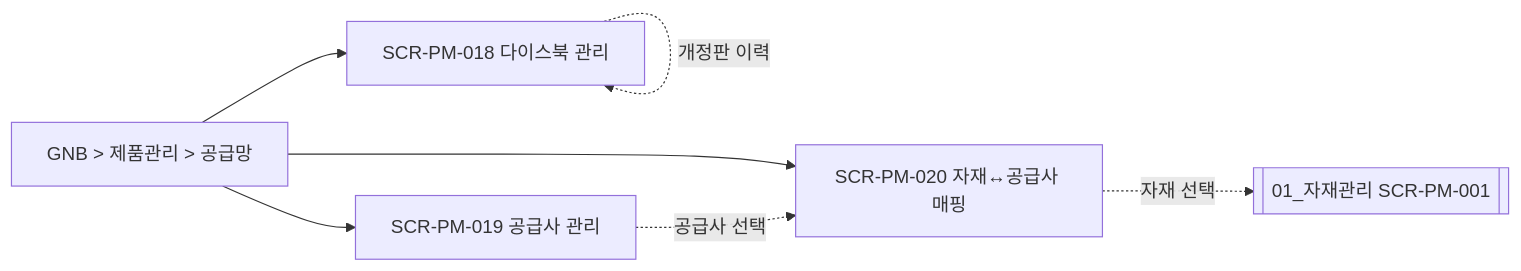
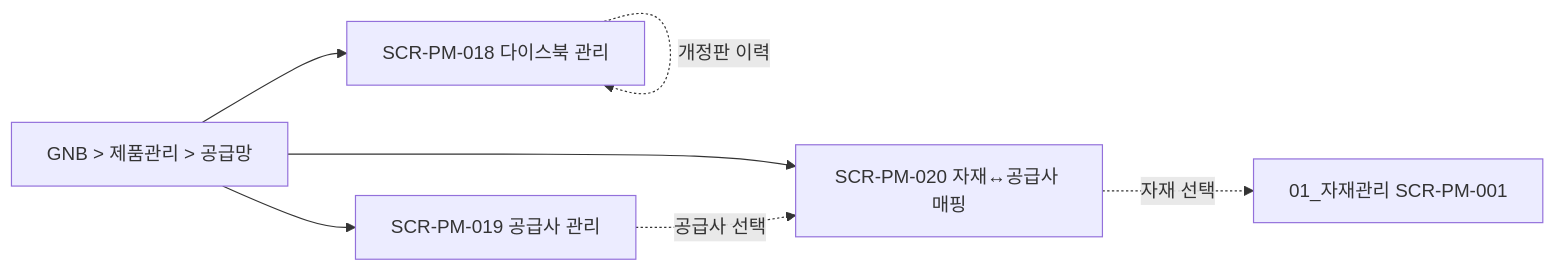
The third of 3 diagrams in docs/3_DE(설계)/DE22-1_화면설계서/sections/04_제품관리.md (team-codecraft/wims2.0), drawn with Mermaid before and after one commit. The commit also changed other lines of this file and 10 other files, not shown here.

First line of the commit message:
chore: 잡동사니 변경 모음 — Mermaid 문법 수정, editor/package 설정, poc-mermaid 추가

````diff
--- a/docs/3_DE(설계)/DE22-1_화면설계서/sections/04_제품관리.md
+++ b/docs/3_DE(설계)/DE22-1_화면설계서/sections/04_제품관리.md
@@ -302,9 +302,9 @@
 ```mermaid
 flowchart LR
-  GNB2[GNB > 제품관리 > 공급망] --> DB[SCR-PM-018 다이스북 관리]
+  GNB2["GNB > 제품관리 > 공급망"] --> DB[SCR-PM-018 다이스북 관리]
   GNB2 --> SP[SCR-PM-019 공급사 관리]
   GNB2 --> MP[SCR-PM-020 자재↔공급사 매핑]
   DB -.개정판 이력.-> DB
   SP -.공급사 선택.-> MP
-  MP -.자재 선택.-> M[[01_자재관리 SCR-PM-001]]
+  MP -.자재 선택.-> M[01_자재관리 SCR-PM-001]
 ```
````
